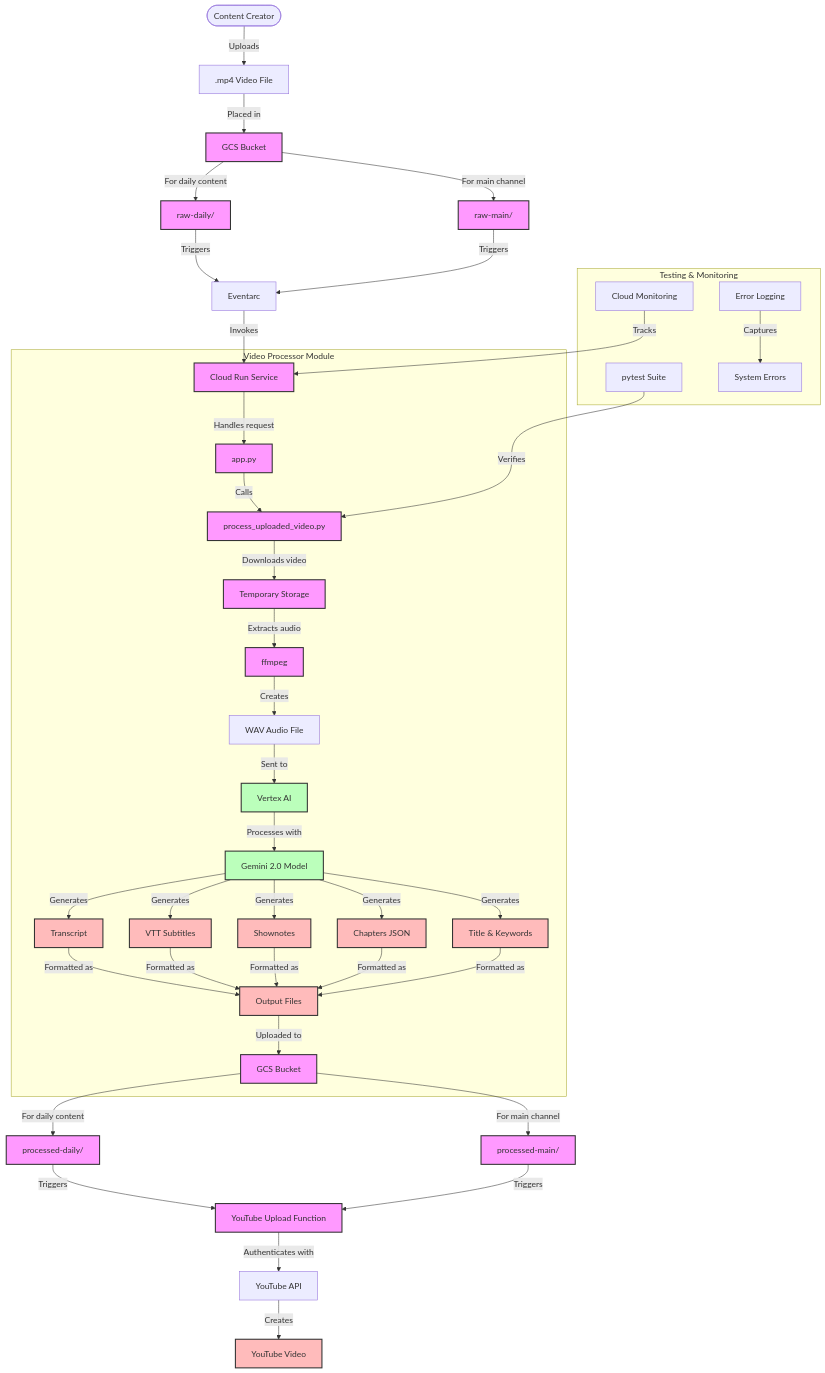
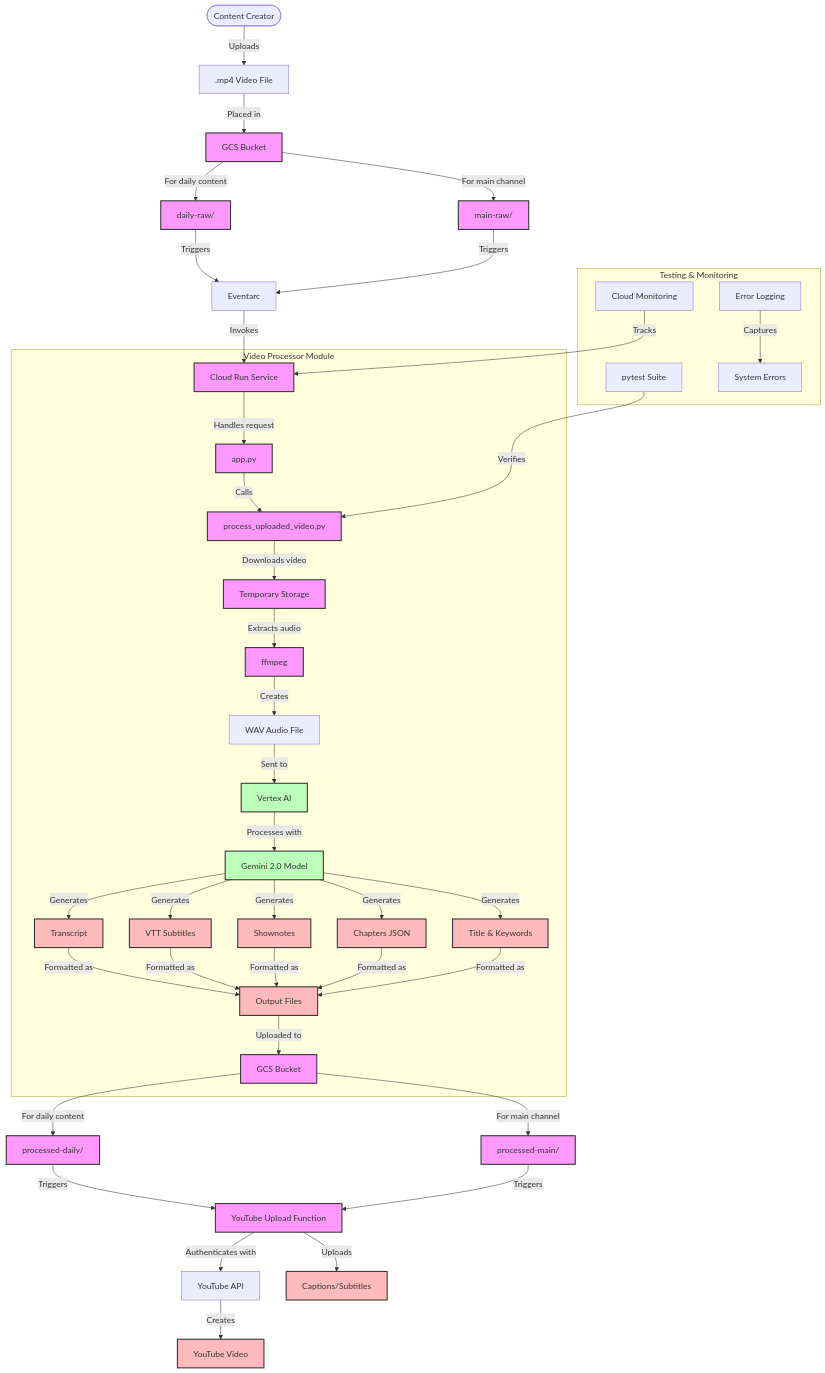
One commit to ParkerRex/echo changed the fourth of 8 diagrams in README.md. Above: the diagram before and after it, drawn with Mermaid. The commit also changed other lines of this file and 35 other files, not shown here.

````diff
--- a/README.md
+++ b/README.md
@@ -112,65 +114,66 @@
 ```mermaid
 flowchart TD
   %% User Actions
   User([Content Creator]) -->|Uploads| A[.mp4 Video File]
   A -->|Placed in| B[GCS Bucket]
 
   %% Storage Paths
-  B -->|For daily content| B1[raw-daily/]
-  B -->|For main channel| B2[raw-main/]
+  B -->|For daily content| B1[daily-raw/]
+  B -->|For main channel| B2[main-raw/]
 
   %% Event Triggering
   B1 & B2 -->|Triggers| C[Eventarc]
   C -->|Invokes| D[Cloud Run Service]
 
   %% Video Processing Module
   subgraph "Video Processor Module"
     D -->|Handles request| E[app.py]
     E -->|Calls| F[process_uploaded_video.py]
     F -->|Downloads video| G[Temporary Storage]
     G -->|Extracts audio| H[ffmpeg]
     H -->|Creates| I[WAV Audio File]
 
     %% AI Processing
     I -->|Sent to| J[Vertex AI]
     J -->|Processes with| K[Gemini 2.0 Model]
 
     %% Generated Outputs
     K -->|Generates| L1[Transcript]
     K -->|Generates| L2[VTT Subtitles]
     K -->|Generates| L3[Shownotes]
     K -->|Generates| L4[Chapters JSON]
     K -->|Generates| L5[Title & Keywords]
 
     %% Output Processing
     L1 & L2 & L3 & L4 & L5 -->|Formatted as| M[Output Files]
     M -->|Uploaded to| N[GCS Bucket]
   end
 
   %% Output Storage
   N -->|For daily content| N1[processed-daily/]
   N -->|For main channel| N2[processed-main/]
 
   %% YouTube Upload
   N1 & N2 -->|Triggers| O[YouTube Upload Function]
   O -->|Authenticates with| P[YouTube API]
   P -->|Creates| Q[YouTube Video]
+  O -->|Uploads| R[Captions/Subtitles]
 
   %% Testing & Monitoring
   subgraph "Testing & Monitoring"
-    R[pytest Suite] -->|Verifies| F
-    S[Cloud Monitoring] -->|Tracks| D
-    T[Error Logging] -->|Captures| U[System Errors]
+    S1[pytest Suite] -->|Verifies| F
+    S2[Cloud Monitoring] -->|Tracks| D
+    S3[Error Logging] -->|Captures| U[System Errors]
   end
 
   %% Styling
   classDef storage fill:#f9f,stroke:#333,stroke-width:2px;
   classDef processing fill:#bbf,stroke:#333,stroke-width:2px;
   classDef ai fill:#bfb,stroke:#333,stroke-width:2px;
   classDef output fill:#fbb,stroke:#333,stroke-width:2px;
 
   class B,B1,B2,G,N,N1,N2 storage;
   class D,E,F,H,O storage;
   class J,K ai;
-  class L1,L2,L3,L4,L5,M,Q output;
+  class L1,L2,L3,L4,L5,M,Q,R output;
 ```
````
